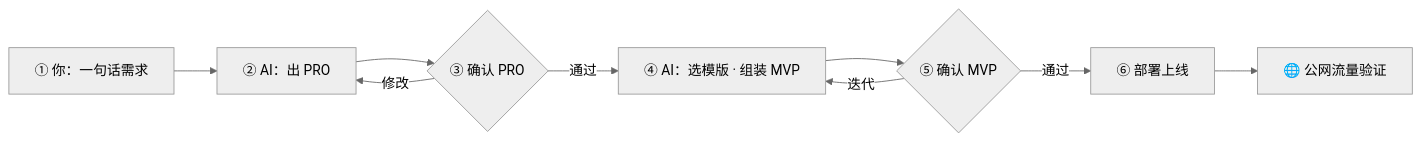
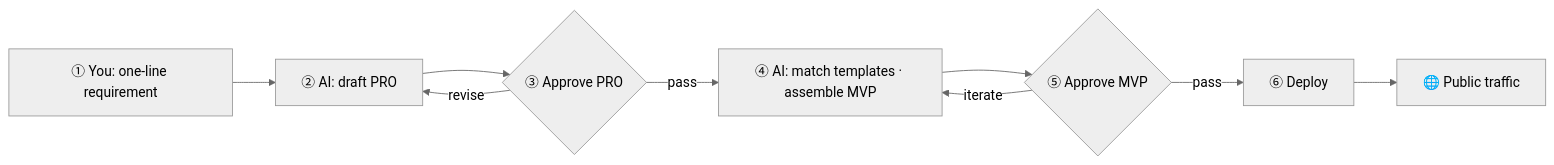
Before and after one commit to LJTian/maker-flow: the diagram in README.md, drawn with Mermaid (neutral theme). The commit also changed other lines of this file and 98 other files, not shown here.

````diff
--- a/README.md
+++ b/README.md
@@ -43,11 +47,11 @@
 ```mermaid
 flowchart LR
-    A["① 你：一句话需求"] --> B["② AI：出 PRO"]
-    B --> C{"③ 确认 PRO"}
-    C -->|通过| D["④ AI：选模版 · 组装 MVP"]
-    C -->|修改| B
-    D --> E{"⑤ 确认 MVP"}
-    E -->|通过| F["⑥ 部署上线"]
-    E -->|迭代| D
-    F --> G["🌐 公网流量验证"]
+    A["① You: one-line requirement"] --> B["② AI: draft PRO"]
+    B --> C{"③ Approve PRO"}
+    C -->|pass| D["④ AI: match templates · assemble MVP"]
+    C -->|revise| B
+    D --> E{"⑤ Approve MVP"}
+    E -->|pass| F["⑥ Deploy"]
+    E -->|iterate| D
+    F --> G["🌐 Public traffic"]
 ```
````
